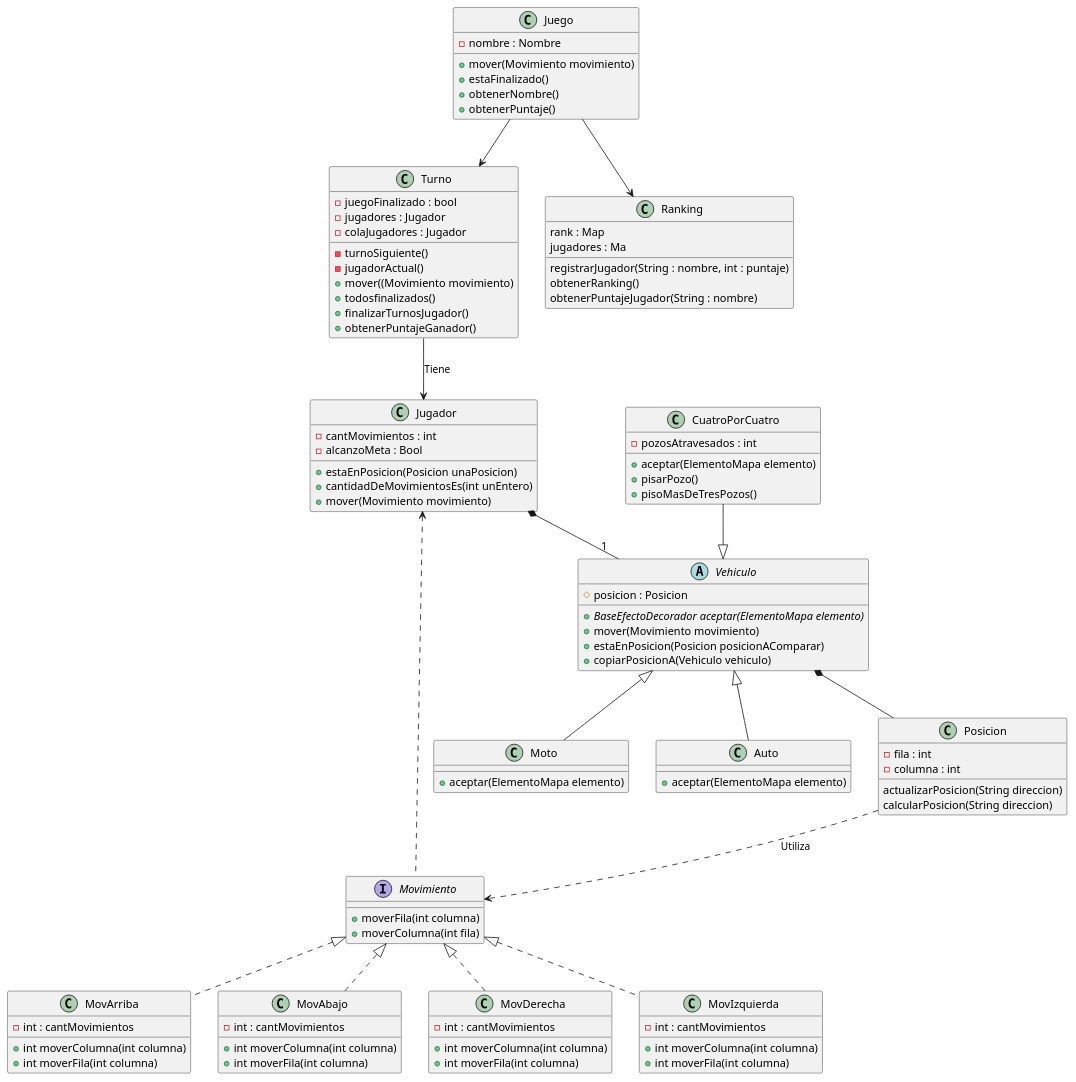
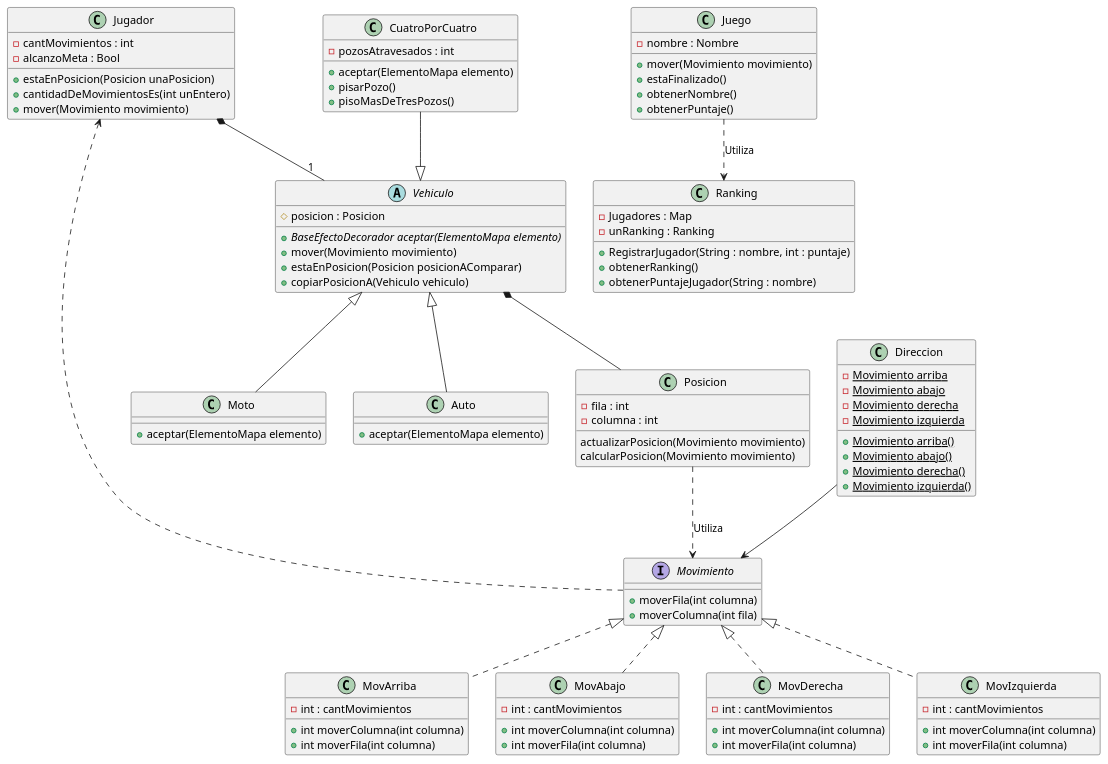
The diagram in diagrams/classes/diagrama_clases_movimiento.puml (TomBPotochek/AlgoRitmos-GPS_Challenge-TP2), drawn with PlantUML before and after one commit. The commit also changed 31 other files, not shown here.

Commit message:
refactor paquetes y diagramas actualizados

```diff
--- a/diagrams/classes/diagrama_clases_movimiento.puml
+++ b/diagrams/classes/diagrama_clases_movimiento.puml
@@ -1,107 +1,107 @@
 @startuml
 'https://plantuml.com/class-diagram'
 abstract class Vehiculo{
     # posicion : Posicion
     +{abstract} BaseEfectoDecorador aceptar(ElementoMapa elemento)
     + mover(Movimiento movimiento)
     + estaEnPosicion(Posicion posicionAComparar)
     + copiarPosicionA(Vehiculo vehiculo)
 }
 
 class Posicion{
     - fila : int
     - columna : int
-    actualizarPosicion(String direccion)
-    calcularPosicion(String direccion)
+    actualizarPosicion(Movimiento movimiento)
+    calcularPosicion(Movimiento movimiento)
 }
 
 interface Movimiento{
     +moverFila(int columna)
     +moverColumna(int fila)
 }
 class MovArriba implements Movimiento{
     -int : cantMovimientos
     +int moverColumna(int columna)
     +int moverFila(int columna)
 }
 class MovAbajo implements Movimiento{
     -int : cantMovimientos
     +int moverColumna(int columna)
     +int moverFila(int columna)
 }
 class MovDerecha implements Movimiento{
     -int : cantMovimientos
     +int moverColumna(int columna)
     +int moverFila(int columna)
 }
 class MovIzquierda implements Movimiento{
     -int : cantMovimientos
     +int moverColumna(int columna)
     +int moverFila(int columna)
 }
 
 class Jugador{
     - cantMovimientos : int
     + estaEnPosicion(Posicion unaPosicion)
     + cantidadDeMovimientosEs(int unEntero)
     + mover(Movimiento movimiento)
     - alcanzoMeta : Bool
 }
 
 class Juego{
     - nombre : Nombre
     + mover(Movimiento movimiento)
     + estaFinalizado()
     + obtenerNombre()
     + obtenerPuntaje()
 }
 
-class Turno{
-        - juegoFinalizado : bool
-        - jugadores : Jugador
-        - colaJugadores : Jugador
-        - turnoSiguiente()
-        - jugadorActual()
-        + mover((Movimiento movimiento)
-        + todosfinalizados()
-        + finalizarTurnosJugador()
-        + obtenerPuntajeGanador()
-}
-
 class CuatroPorCuatro{
     - pozosAtravesados : int
     +aceptar(ElementoMapa elemento)
     +pisarPozo()
     +pisoMasDeTresPozos()
 }
 
 class Moto extends Vehiculo{
     +aceptar(ElementoMapa elemento)
 }
 class Auto extends Vehiculo{
     +aceptar(ElementoMapa elemento)
 }
 
 class Ranking{
-    rank : Map
-    jugadores : Ma
-    registrarJugador(String : nombre, int : puntaje)
-    obtenerRanking()
-    obtenerPuntajeJugador(String : nombre)
+    -Jugadores : Map
+    -unRanking : Ranking
+    +RegistrarJugador(String : nombre, int : puntaje)
+    +obtenerRanking()
+    +obtenerPuntajeJugador(String : nombre)
 }
 
-Juego --> Ranking
-Juego --> Turno
+class Direccion{
+    - {static} Movimiento arriba
+    - {static} Movimiento abajo
+    - {static} Movimiento derecha
+    - {static} Movimiento izquierda
+    +{static} Movimiento arriba()
+    +{static} Movimiento abajo()
+    +{static} Movimiento derecha()
+    +{static} Movimiento izquierda()
+
+}
+Direccion --> Movimiento
+
+Juego ..> Ranking : Utiliza
+
 
 CuatroPorCuatro --|> Vehiculo
 
 Vehiculo *--Posicion
 
 Jugador <.. Movimiento
 
 Jugador *--"1" Vehiculo
 
-Turno --> Jugador : Tiene
 
 Posicion ..> Movimiento : Utiliza
 @enduml
```
